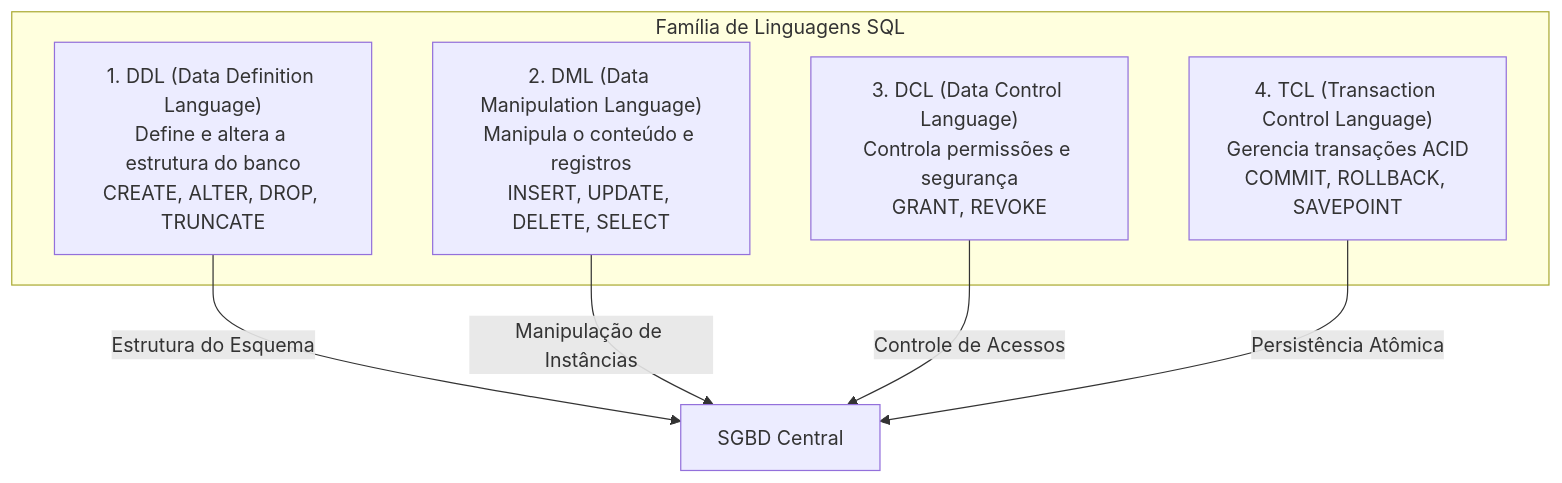
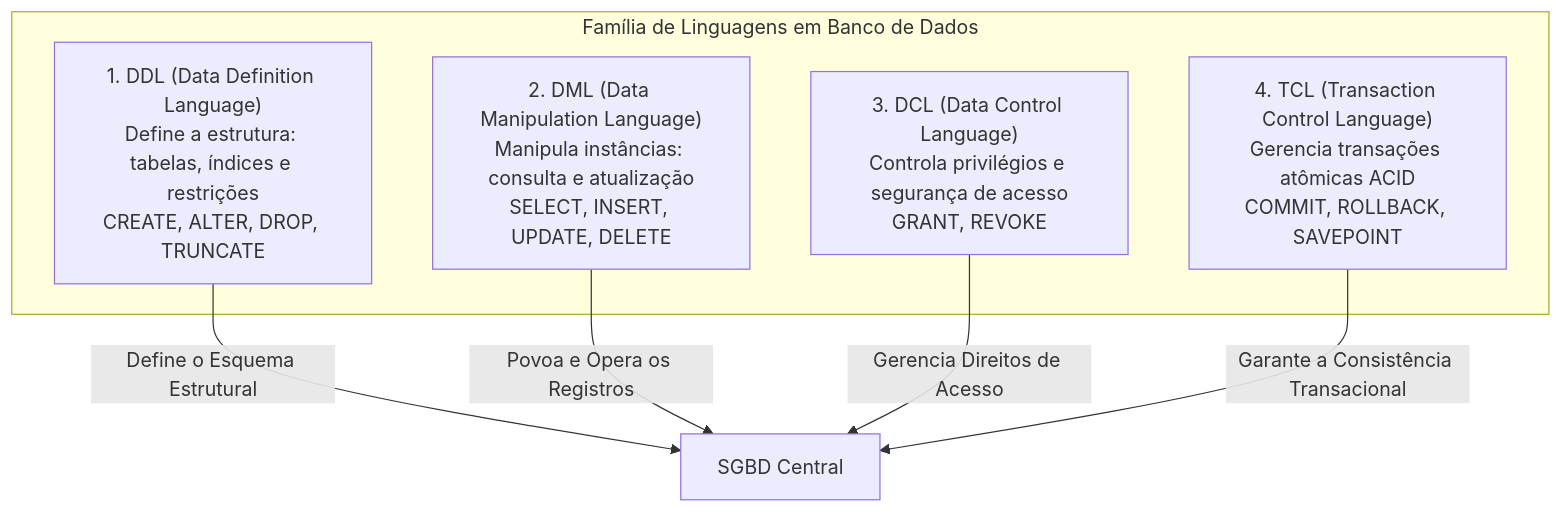
One commit to leorruas/puc changed the first of 3 diagrams in 02. Modelagem de Dados/04. Linguagens de banco de dados e perfis profissionais (ad vs. dba).md. Above: the diagram before and after it, drawn with Mermaid. The commit also changed other lines of this file, not shown here.

Commit message:
feat(modelagem-dados): integrate user lecture notes on DDL/DML, DML types and roles into article 04

````diff
--- a/02. Modelagem de Dados/04. Linguagens de banco de dados e perfis profissionais (ad vs. dba).md
+++ b/02. Modelagem de Dados/04. Linguagens de banco de dados e perfis profissionais (ad vs. dba).md
@@ -42,14 +42,14 @@
 ```mermaid
 flowchart TD
-    subgraph SubgraphLinguagens["Família de Linguagens SQL"]
-        DDL["1. DDL (Data Definition Language)<br>Define e altera a estrutura do banco<br>CREATE, ALTER, DROP, TRUNCATE"]
-        DML["2. DML (Data Manipulation Language)<br>Manipula o conteúdo e registros<br>INSERT, UPDATE, DELETE, SELECT"]
-        DCL["3. DCL (Data Control Language)<br>Controla permissões e segurança<br>GRANT, REVOKE"]
-        TCL["4. TCL (Transaction Control Language)<br>Gerencia transações ACID<br>COMMIT, ROLLBACK, SAVEPOINT"]
+    subgraph SubgraphLinguagens["Família de Linguagens em Banco de Dados"]
+        DDL["1. DDL (Data Definition Language)<br>Define a estrutura: tabelas, índices e restrições<br>CREATE, ALTER, DROP, TRUNCATE"]
+        DML["2. DML (Data Manipulation Language)<br>Manipula instâncias: consulta e atualização<br>SELECT, INSERT, UPDATE, DELETE"]
+        DCL["3. DCL (Data Control Language)<br>Controla privilégios e segurança de acesso<br>GRANT, REVOKE"]
+        TCL["4. TCL (Transaction Control Language)<br>Gerencia transações atômicas ACID<br>COMMIT, ROLLBACK, SAVEPOINT"]
     end
 
-    DDL -->|"Estrutura do Esquema"| SGBD["SGBD Central"]
-    DML -->|"Manipulação de Instâncias"| SGBD
-    DCL -->|"Controle de Acessos"| SGBD
-    TCL -->|"Persistência Atômica"| SGBD
+    DDL -->|"Define o Esquema Estrutural"| SGBD["SGBD Central"]
+    DML -->|"Povoa e Opera os Registros"| SGBD
+    DCL -->|"Gerencia Direitos de Acesso"| SGBD
+    TCL -->|"Garante a Consistência Transacional"| SGBD
 ```
````
